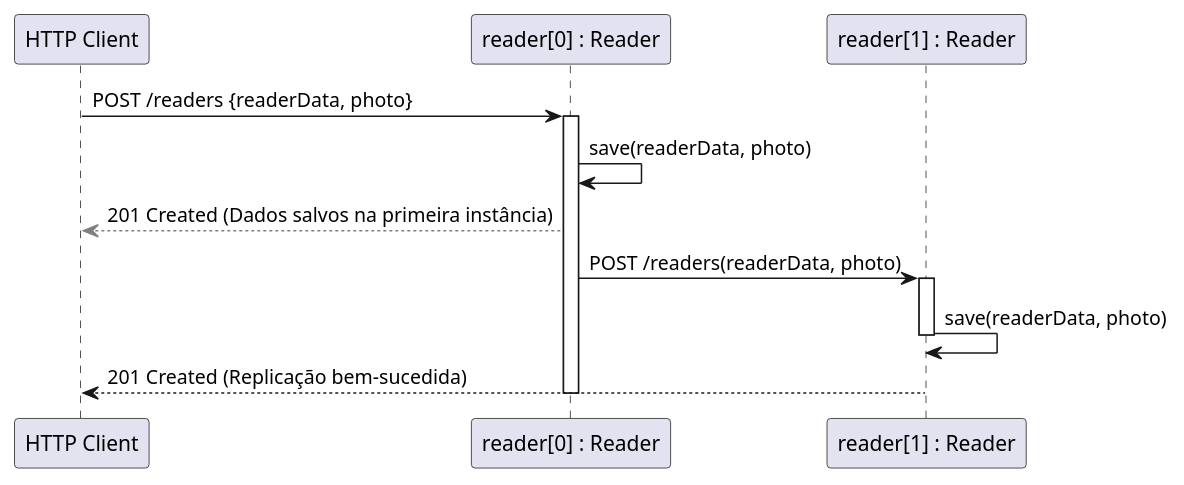
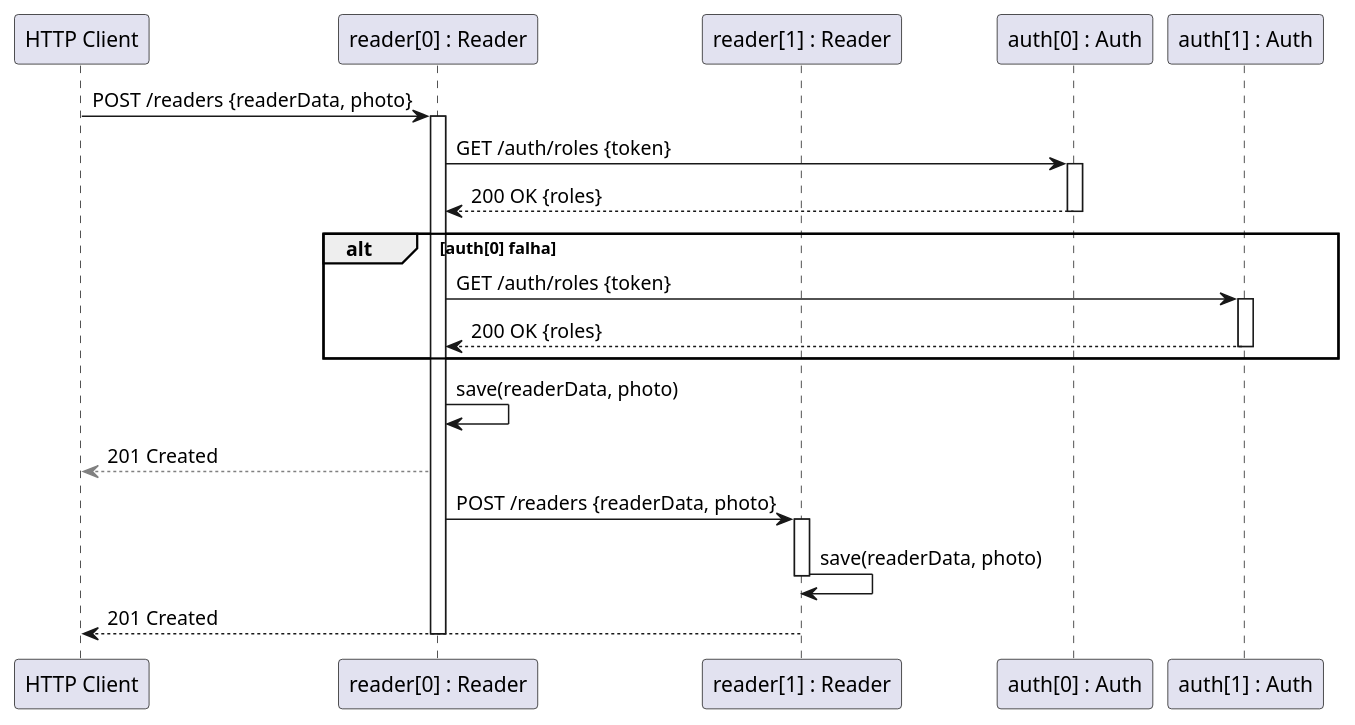
Before and after one commit to Guiigou/SIDIS_2024: the diagram in LibraryAPI/docs/Vista de processos/Nivel2_Comunicacao_2_Microservico.puml, drawn with PlantUML. The commit also changed 1 other file, not shown here.

Commit message:
Update à Vista de Processo nivel 2 de comunicação de apenas 1 microserviço e desenvolvimento de Vista de Processo nivel 2 com comunicação entre 2 microserviços.

```diff
--- a/LibraryAPI/docs/Vista de processos/Nivel2_Comunicacao_2_Microservico.puml
+++ b/LibraryAPI/docs/Vista de processos/Nivel2_Comunicacao_2_Microservico.puml
@@ -1,27 +1,42 @@
 @startuml
 ' Definindo os participantes
 participant "HTTP Client" as client
 participant "reader[0] : Reader" as reader0
 participant "reader[1] : Reader" as reader1
+participant "auth[0] : Auth" as auth0
+participant "auth[1] : Auth" as auth1
 
+' O cliente faz uma requisição para criar um novo leitor
 client -> reader0: POST /readers {readerData, photo}
 activate reader0
 
-' Reader 0 salva os dados
-reader0 -> reader0: save(readerData, photo)
+' O Reader Service faz uma chamada ao Auth Service (primeira instância) para verificar permissões
+reader0 -> auth0: GET /auth/roles {token}
+activate auth0
+auth0 --> reader0: 200 OK {roles}
+deactivate auth0
 
-' Resposta inicial ao cliente (tracejada, pois o processo ainda está em andamento)
-reader0 -[#gray,dashed]-> client: 201 Created (Dados salvos na primeira instância)
+' Se a primeira instância falhar, tenta a segunda
+alt auth[0] falha
+  reader0 -> auth1: GET /auth/roles {token}
+  activate auth1
+  auth1 --> reader0: 200 OK {roles}
+  deactivate auth1
+end
 
-' Replicação dos dados para a outra instância (espelhamento)
-reader0 -> reader1: POST /readers(readerData, photo)
-activate reader1
-reader1 -> reader1: save(readerData, photo)
-deactivate reader1
+' Verifica se o utilizador tem permissões
+  reader0 -> reader0: save(readerData, photo)
+  reader0 -[#gray,dashed]-> client: 201 Created
 
-' Reader 1 envia a resposta final ao cliente indicando que a replicação foi bem-sucedida
-reader1 --> client: 201 Created (Replicação bem-sucedida)
+  ' Replicando dados para a outra instância (espelhamento)
+  reader0 -> reader1: POST /readers {readerData, photo}
+  activate reader1
+  reader1 -> reader1: save(readerData, photo)
+  deactivate reader1
+
+  ' Responder ao cliente com sucesso final após a replicação
+  reader1 --> client: 201 Created
+
 
 deactivate reader0
-
 @enduml
```
